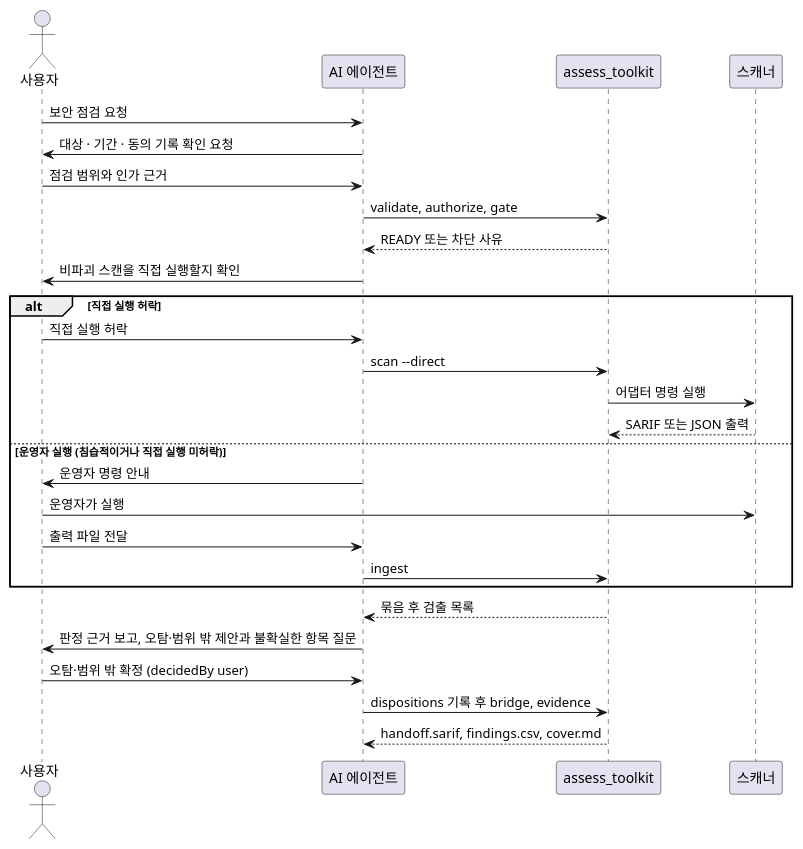
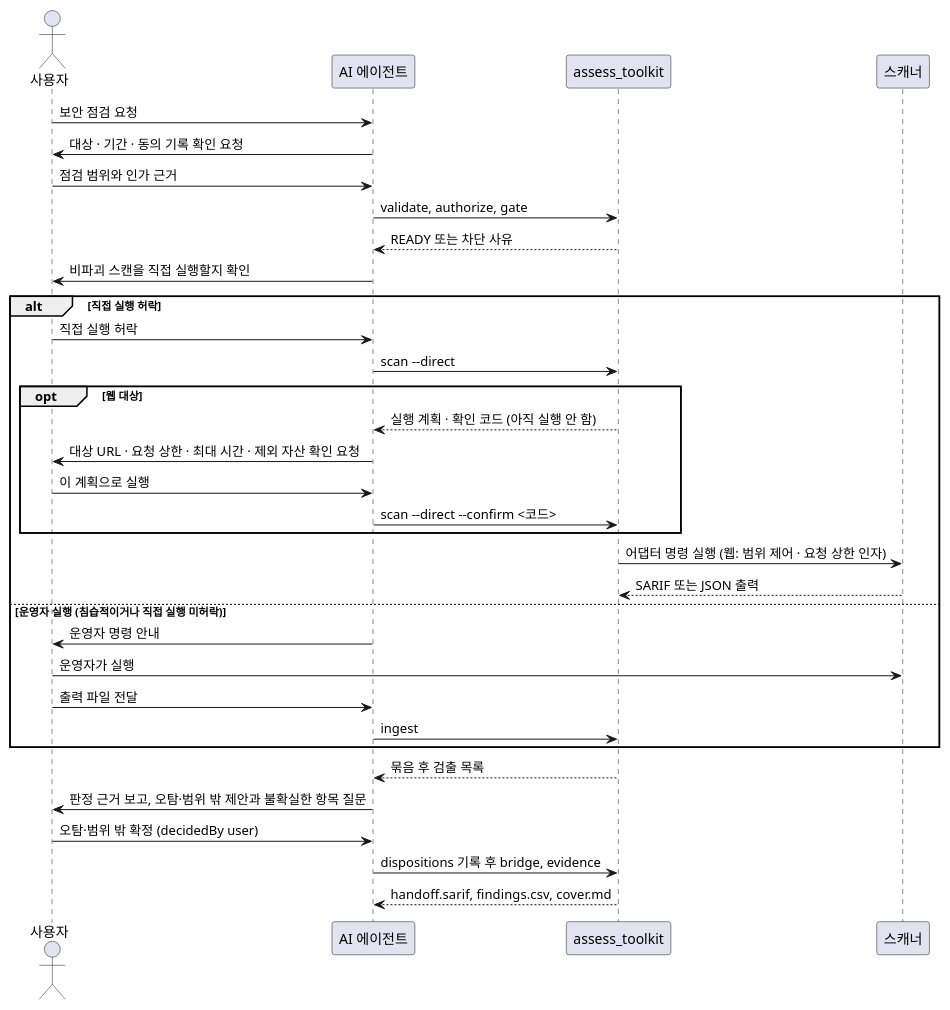
One commit to seo0tak/agent-skills changed the diagram in plugins/security-assessment/skills/security-assessment/toolkit/docs/diagrams/sequence.puml. Above: the diagram before and after it, drawn with PlantUML. The commit also changed 41 other files, not shown here.

```diff
--- a/plugins/security-assessment/skills/security-assessment/toolkit/docs/diagrams/sequence.puml
+++ b/plugins/security-assessment/skills/security-assessment/toolkit/docs/diagrams/sequence.puml
@@ -2,31 +2,37 @@
 @startuml
 skinparam shadowing false
 skinparam backgroundColor #FFFFFF
 skinparam defaultFontName "Apple SD Gothic Neo"
 actor "사용자" as U
 participant "AI 에이전트" as A
 participant "assess_toolkit" as T
 participant "스캐너" as S
 U -> A: 보안 점검 요청
 A -> U: 대상 · 기간 · 동의 기록 확인 요청
 U -> A: 점검 범위와 인가 근거
 A -> T: validate, authorize, gate
 T --> A: READY 또는 차단 사유
 A -> U: 비파괴 스캔을 직접 실행할지 확인
 alt 직접 실행 허락
   U -> A: 직접 실행 허락
   A -> T: scan --direct
-  T -> S: 어댑터 명령 실행
+  opt 웹 대상
+    T --> A: 실행 계획 · 확인 코드 (아직 실행 안 함)
+    A -> U: 대상 URL · 요청 상한 · 최대 시간 · 제외 자산 확인 요청
+    U -> A: 이 계획으로 실행
+    A -> T: scan --direct ~--confirm <코드>
+  end
+  T -> S: 어댑터 명령 실행 (웹: 범위 제어 · 요청 상한 인자)
   S --> T: SARIF 또는 JSON 출력
 else 운영자 실행 (침습적이거나 직접 실행 미허락)
   A -> U: 운영자 명령 안내
   U -> S: 운영자가 실행
   U -> A: 출력 파일 전달
   A -> T: ingest
 end
 T --> A: 묶음 후 검출 목록
 A -> U: 판정 근거 보고, 오탐·범위 밖 제안과 불확실한 항목 질문
 U -> A: 오탐·범위 밖 확정 (decidedBy user)
 A -> T: dispositions 기록 후 bridge, evidence
 T --> A: handoff.sarif, findings.csv, cover.md
 @enduml
```
